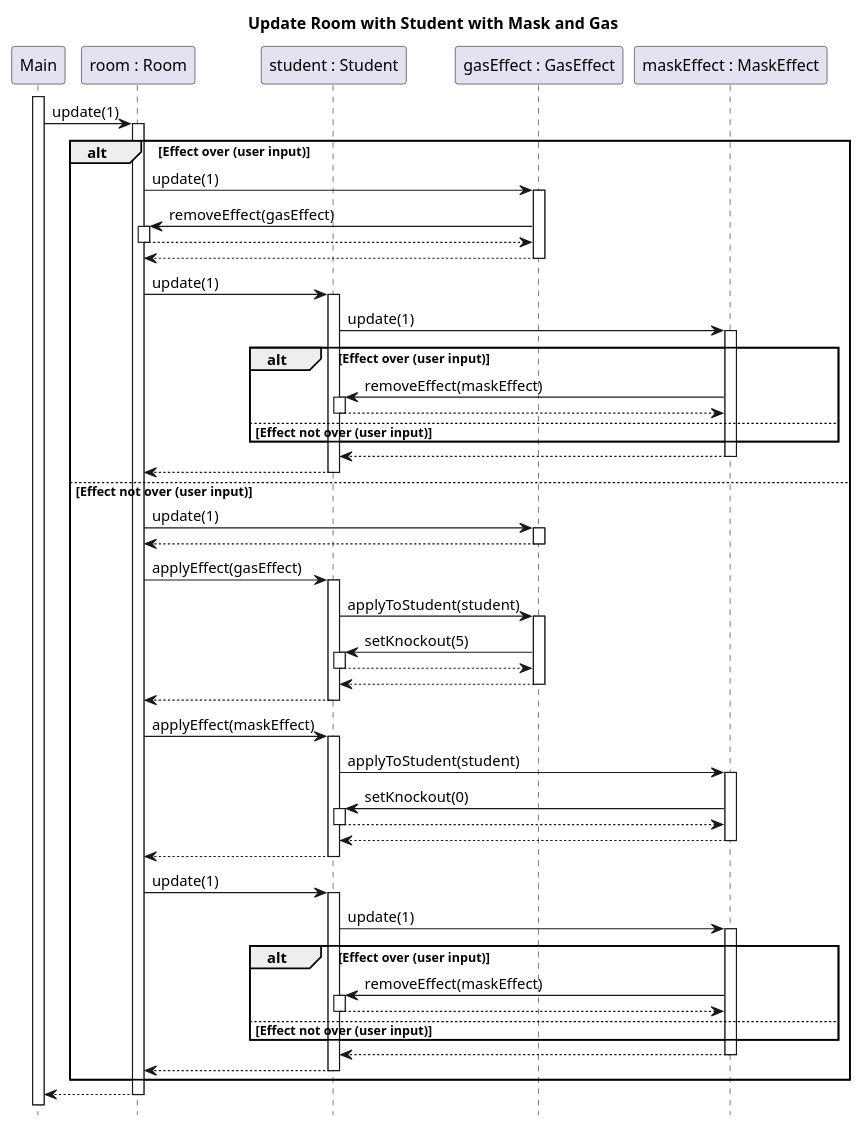
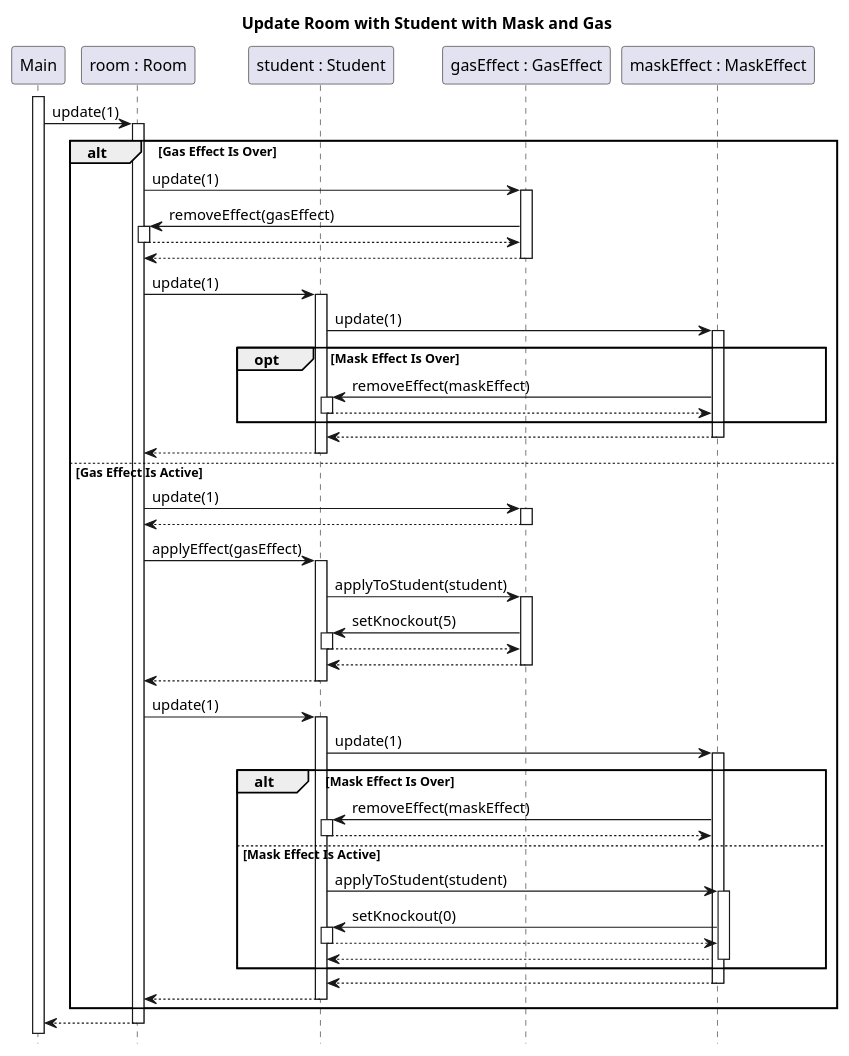
The diagram in docs/diagrams/test-sequence/room-update-gas-and-mask.puml (sn4k3ch4rm3r/logarlec), drawn with PlantUML before and after one commit. The commit also changed 11 other files, not shown here.

Commit message:
Fixed mistakes in test sequences

```diff
--- a/docs/diagrams/test-sequence/room-update-gas-and-mask.puml
+++ b/docs/diagrams/test-sequence/room-update-gas-and-mask.puml
@@ -1,58 +1,53 @@
 @startuml room-update-gas-and-mask
 title Update Room with Student with Mask and Gas
 hide footbox
 autoactivate on
 skinparam SequenceReferenceBackgroundColor white
 
 participant Main
 participant "room : Room" as room
 participant "student : Student" as student
 participant "gasEffect : GasEffect" as gas
 participant "maskEffect : MaskEffect" as mask
 
 activate Main
 Main -> room : update(1)
-    alt Effect over (user input)
-    room -> gas : update(1)
-        gas -> room : removeEffect(gasEffect)
-        return
-    return
-    room -> student : update(1)
-        student -> mask : update(1)
-            alt Effect over (user input)
-                mask -> student : removeEffect(maskEffect)
-                return
-            else Effect not over (user input)
-            end
-        return
-    return
-    else Effect not over (user input)
-    room -> gas : update(1)
-    return
-    room -> student : applyEffect(gasEffect)
-        student -> gas : applyToStudent(student)
-            gas -> student : setKnockout(5)
+    alt Gas Effect Is Over
+        room -> gas : update(1)
+            gas -> room : removeEffect(gasEffect)
             return
         return
-    return
-    room -> student : applyEffect(maskEffect)
-            student -> mask : applyToStudent(student)
-                mask -> student : setKnockout(0)
+        room -> student : update(1)
+            student -> mask : update(1)
+                opt Mask Effect Is Over
+                    mask -> student : removeEffect(maskEffect)
+                    return
+                end
+            return
+        return
+    else Gas Effect Is Active
+        room -> gas : update(1)
+        return
+        room -> student : applyEffect(gasEffect)
+            student -> gas : applyToStudent(student)
+                gas -> student : setKnockout(5)
                 return
             return
         return
-    room -> student : update(1)
-        student -> mask : update(1)
-            alt Effect over (user input)
-                mask -> student : removeEffect(maskEffect)
-                return
-            else Effect not over (user input)
-            end
-       return
-    return
-
+        room -> student : update(1)
+            student -> mask : update(1)
+                alt Mask Effect Is Over
+                    mask -> student : removeEffect(maskEffect)
+                    return
+                else Mask Effect Is Active
+                    student -> mask ++: applyToStudent(student)
+                        mask -> student ++: setKnockout(0)
+                        return
+                    return
+                end
+            return
+        return
     end
-
 return
 
 @enduml
```
